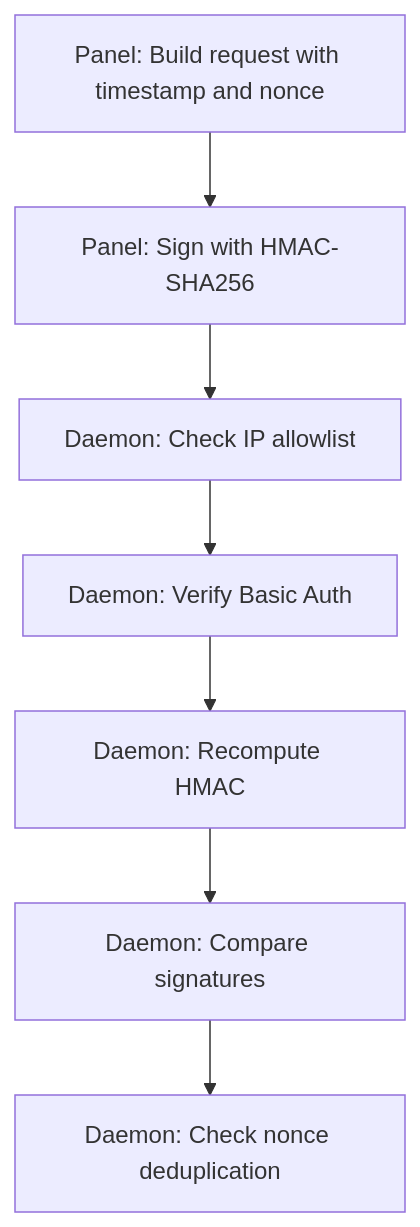
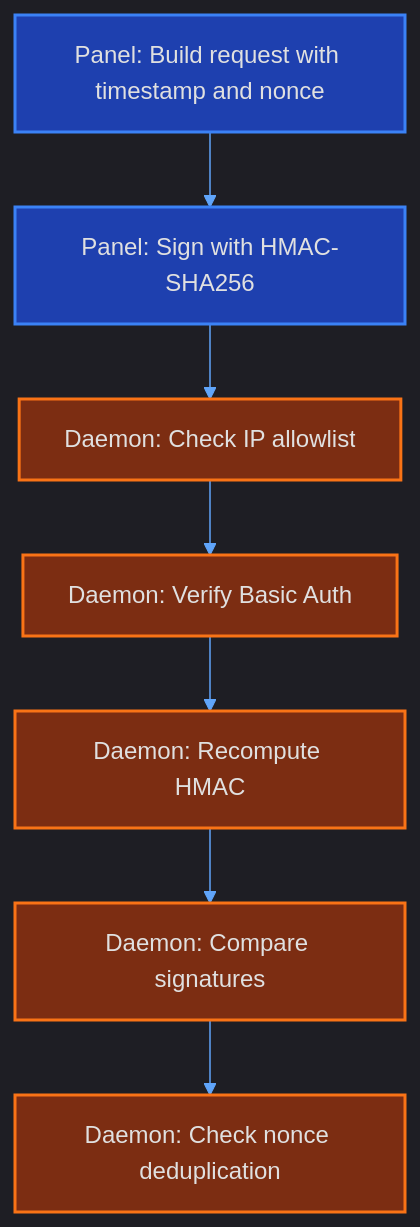
The diagram in data/docs/daemon/security.md (airlinklabs/airlinklabs), drawn with Mermaid before and after one commit. The commit also changed 10 other files, not shown here.

First line of the commit message:
feat: styled mermaid diagrams with dark theme + centering fix

````diff
--- a/data/docs/daemon/security.md
+++ b/data/docs/daemon/security.md
@@ -16,9 +16,18 @@
 ```mermaid
-graph TD
-    A[Panel: Build request with timestamp and nonce] --> B[Panel: Sign with HMAC-SHA256]
-    B --> C[Daemon: Check IP allowlist]
-    C --> D[Daemon: Verify Basic Auth]
-    D --> E[Daemon: Recompute HMAC]
-    E --> F[Daemon: Compare signatures]
-    F --> G[Daemon: Check nonce deduplication]
+%%{init: {"theme": "dark", "themeVariables": {"primaryColor": "#1e40af", "primaryTextColor": "#e0e0e0", "primaryBorderColor": "#3b82f6", "lineColor": "#60a5fa", "secondaryColor": "#7c2d12", "tertiaryColor": "#1e3a5f", "fontFamily": "ui-monospace, SF Mono, Fira Code, monospace"}} }%%
+flowchart TD
+    A["Panel: Build request with timestamp and nonce"] --> B["Panel: Sign with HMAC-SHA256"]
+    B --> C["Daemon: Check IP allowlist"]
+    C --> D["Daemon: Verify Basic Auth"]
+    D --> E["Daemon: Recompute HMAC"]
+    E --> F["Daemon: Compare signatures"]
+    F --> G["Daemon: Check nonce deduplication"]
+
+    style A fill:#1e40af,stroke:#3b82f6,color:#e0e0e0,stroke-width:2px
+    style B fill:#1e40af,stroke:#3b82f6,color:#e0e0e0,stroke-width:2px
+    style C fill:#7c2d12,stroke:#f97316,color:#e0e0e0,stroke-width:2px
+    style D fill:#7c2d12,stroke:#f97316,color:#e0e0e0,stroke-width:2px
+    style E fill:#7c2d12,stroke:#f97316,color:#e0e0e0,stroke-width:2px
+    style F fill:#7c2d12,stroke:#f97316,color:#e0e0e0,stroke-width:2px
+    style G fill:#7c2d12,stroke:#f97316,color:#e0e0e0,stroke-width:2px
 ```
````
